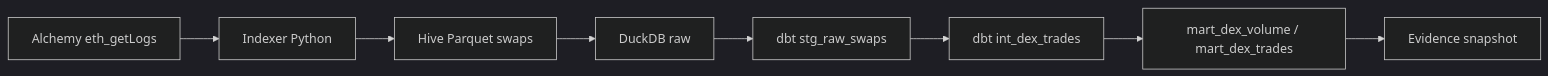
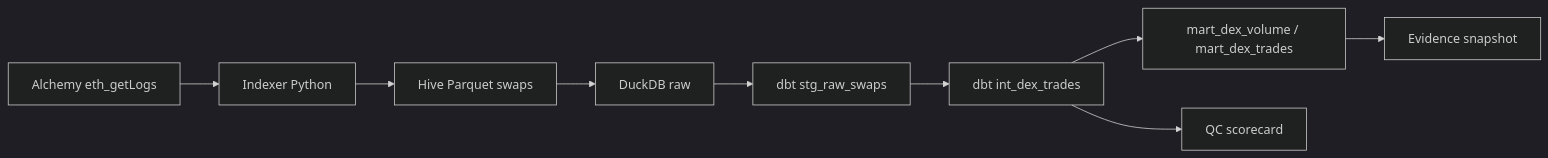
One commit to marioespinosaperales/dex-trades-canonical changed the diagram in README.md. Above: the diagram before and after it, drawn with Mermaid (dark theme). The commit also changed other lines of this file and 13 other files, not shown here.

````diff
--- a/README.md
+++ b/README.md
@@ -9,10 +10,11 @@
 ```mermaid
 flowchart LR
   alchemy["Alchemy eth_getLogs"] --> indexer["Indexer Python"]
   indexer --> parquet["Hive Parquet swaps"]
   parquet --> duck["DuckDB raw"]
   duck --> stg["dbt stg_raw_swaps"]
   stg --> trades["dbt int_dex_trades"]
   trades --> marts["mart_dex_volume / mart_dex_trades"]
+  trades --> eval["QC scorecard"]
   marts --> evidence["Evidence snapshot"]
 ```
````
